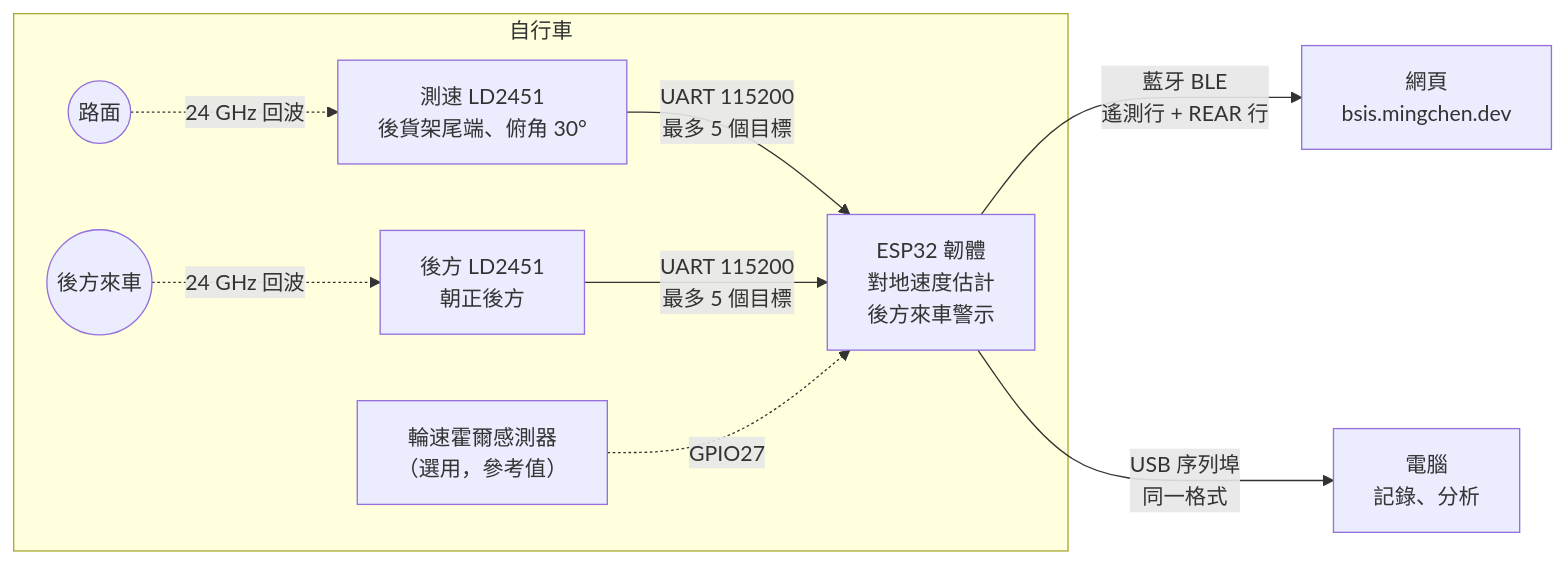
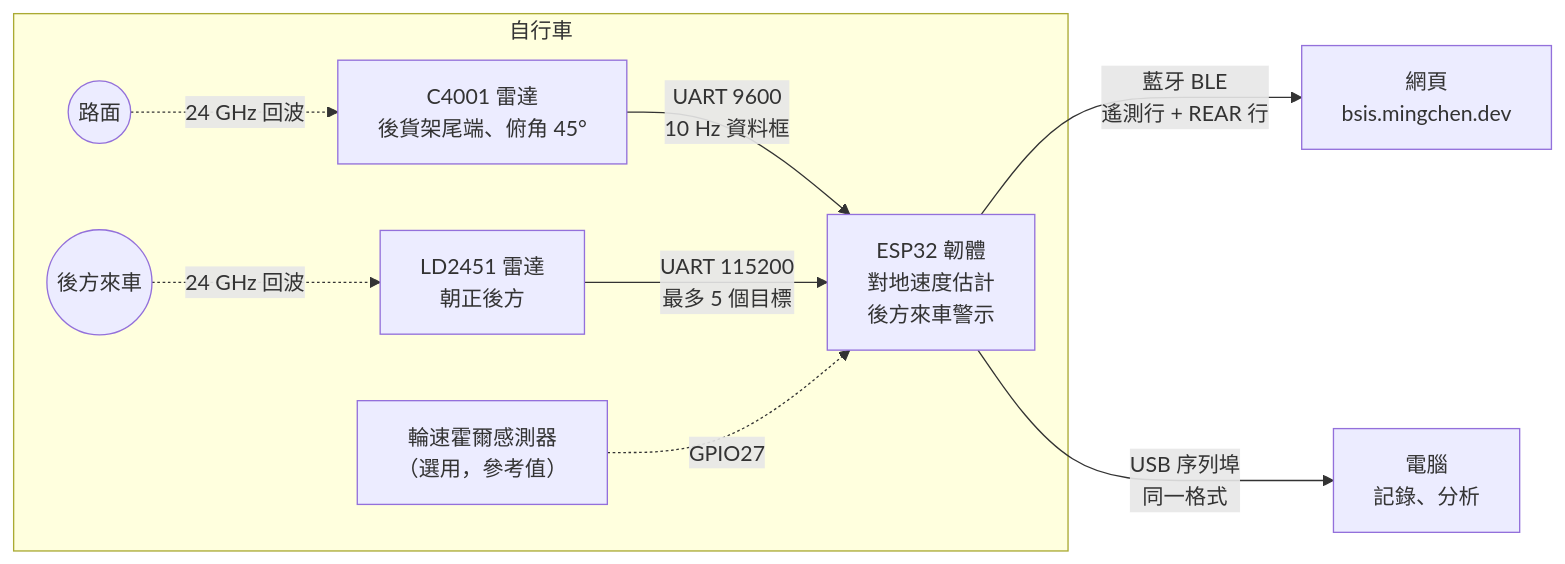
Before and after one commit to Ming874/bsis-radar: the diagram in README.md, drawn with Mermaid. The commit also changed other lines of this file and 93 other files, not shown here.

````diff
--- a/README.md
+++ b/README.md
@@ -45,12 +45,12 @@
 ```mermaid
 flowchart LR
   subgraph 自行車
-    G(("路面")) -. "24 GHz 回波" .-> A["測速 LD2451<br/>後貨架尾端、俯角 30°"]
-    A -- "UART 115200<br/>最多 5 個目標" --> E["ESP32 韌體<br/>對地速度估計<br/>後方來車警示"]
-    C(("後方來車")) -. "24 GHz 回波" .-> B["後方 LD2451<br/>朝正後方"]
+    G(("路面")) -. "24 GHz 回波" .-> A["C4001 雷達<br/>後貨架尾端、俯角 45°"]
+    A -- "UART 9600<br/>10 Hz 資料框" --> E["ESP32 韌體<br/>對地速度估計<br/>後方來車警示"]
+    C(("後方來車")) -. "24 GHz 回波" .-> B["LD2451 雷達<br/>朝正後方"]
     B -- "UART 115200<br/>最多 5 個目標" --> E
     H["輪速霍爾感測器<br/>（選用，參考值）"] -. "GPIO27" .-> E
   end
   E -- "藍牙 BLE<br/>遙測行 + REAR 行" --> W["網頁<br/>bsis.mingchen.dev"]
   E -- "USB 序列埠<br/>同一格式" --> P["電腦<br/>記錄、分析"]
 ```
````
